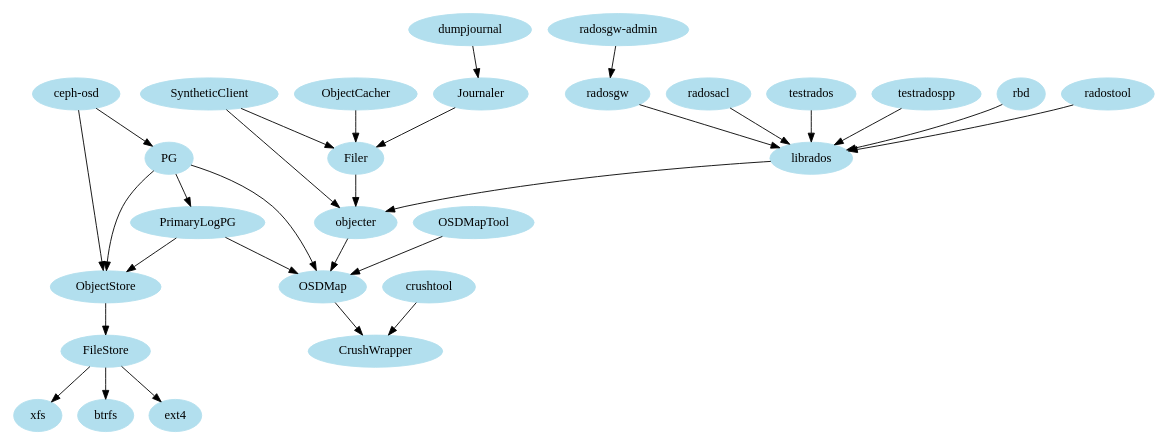
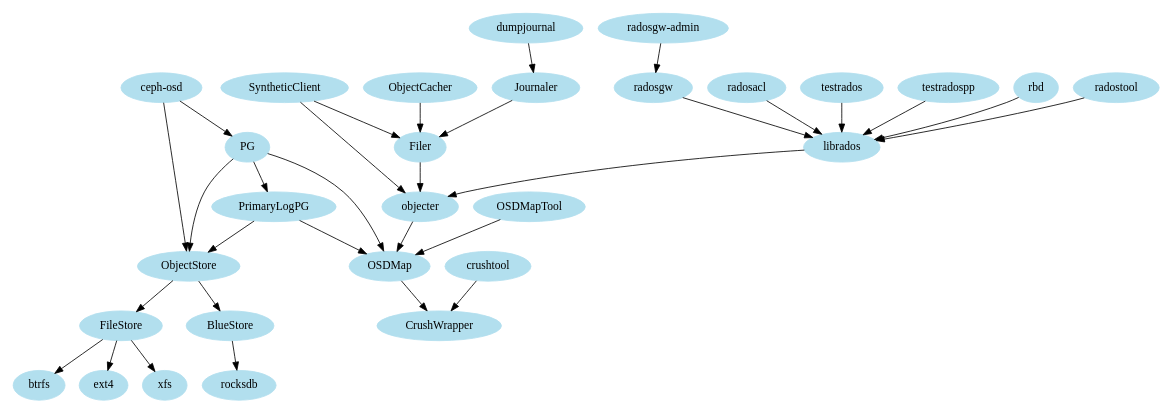
Before and after one commit to drunkard/ceph-Chinese-doc: the diagram in dev/object-store.rst, drawn with Graphviz. The commit also changed 57 other files, not shown here.

```diff
--- a/dev/object-store.rst
+++ b/dev/object-store.rst
@@ -7,60 +7,63 @@
 .. graphviz::
 
   /*
    * Rough outline of object store module dependencies
    */
 
   digraph object_store {
     size="12,12";
     node [color=lightblue2, style=filled, fontname="Serif"];
 
     "testrados" -> "librados"
     "testradospp" -> "librados"
 
     "rbd" -> "librados"
 
     "radostool" -> "librados"
 
     "radosgw-admin" -> "radosgw"
 
     "radosgw" -> "librados"
 
     "radosacl" -> "librados"
 
     "librados" -> "objecter"
 
     "ObjectCacher" -> "Filer"
 
     "dumpjournal" -> "Journaler"
 
     "Journaler" -> "Filer"
 
     "SyntheticClient" -> "Filer"
     "SyntheticClient" -> "objecter"
 
     "Filer" -> "objecter"
 
     "objecter" -> "OSDMap"
 
     "ceph-osd" -> "PG"
     "ceph-osd" -> "ObjectStore"
 
     "crushtool" -> "CrushWrapper"
 
     "OSDMap" -> "CrushWrapper"
 
     "OSDMapTool" -> "OSDMap"
 
     "PG" -> "PrimaryLogPG"
     "PG" -> "ObjectStore"
     "PG" -> "OSDMap"
 
     "PrimaryLogPG" -> "ObjectStore"
     "PrimaryLogPG" -> "OSDMap"
 
     "ObjectStore" -> "FileStore"
+    "ObjectStore" -> "BlueStore"
+
+    "BlueStore" -> "rocksdb"
 
     "FileStore" -> "xfs"
     "FileStore" -> "btrfs"
     "FileStore" -> "ext4"
   }
```
